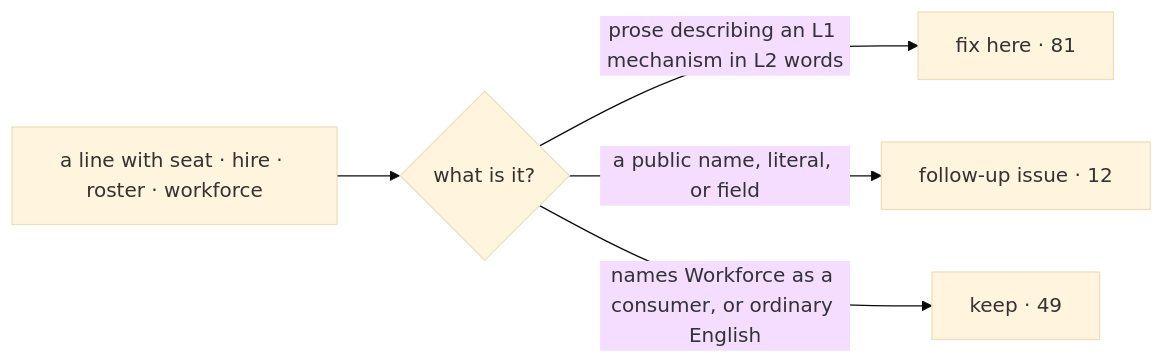
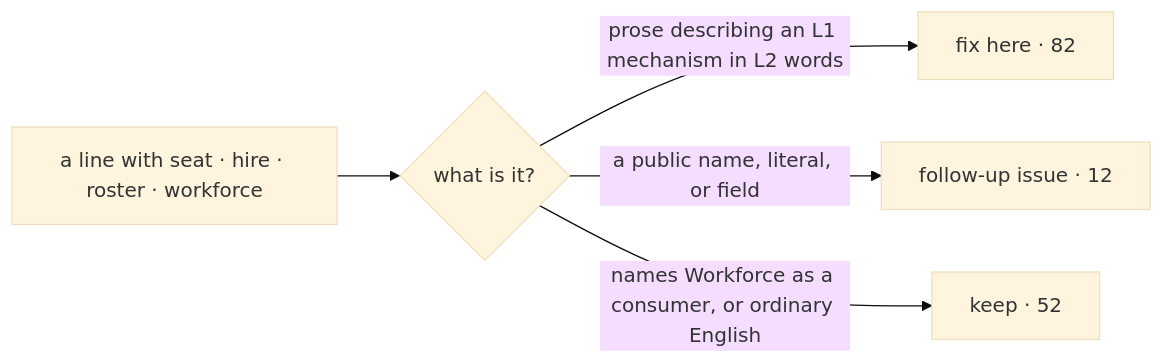
The diagram in specs/issues/FIX-1575/SPEC.md (fixpoint-labs/flow-state-dev), drawn with Mermaid (base theme) before and after one commit. The commit also changed other lines of this file and 7 other files, not shown here.

First line of the commit message:
spec(FIX-1575): audit the architecture quick reference; narrow the code-span exemption

````diff
--- a/specs/issues/FIX-1575/SPEC.md
+++ b/specs/issues/FIX-1575/SPEC.md
@@ -43,7 +43,7 @@
 ```mermaid
 flowchart LR
   H["a line with seat · hire · roster · workforce"] --> Q{"what is it?"}
-  Q -->|"prose describing an L1 mechanism in L2 words"| F["fix here · 81"]
+  Q -->|"prose describing an L1 mechanism in L2 words"| F["fix here · 82"]
   Q -->|"a public name, literal, or field"| R["follow-up issue · 12"]
-  Q -->|"names Workforce as a consumer, or ordinary English"| K["keep · 49"]
+  Q -->|"names Workforce as a consumer, or ordinary English"| K["keep · 52"]
 ```
````
